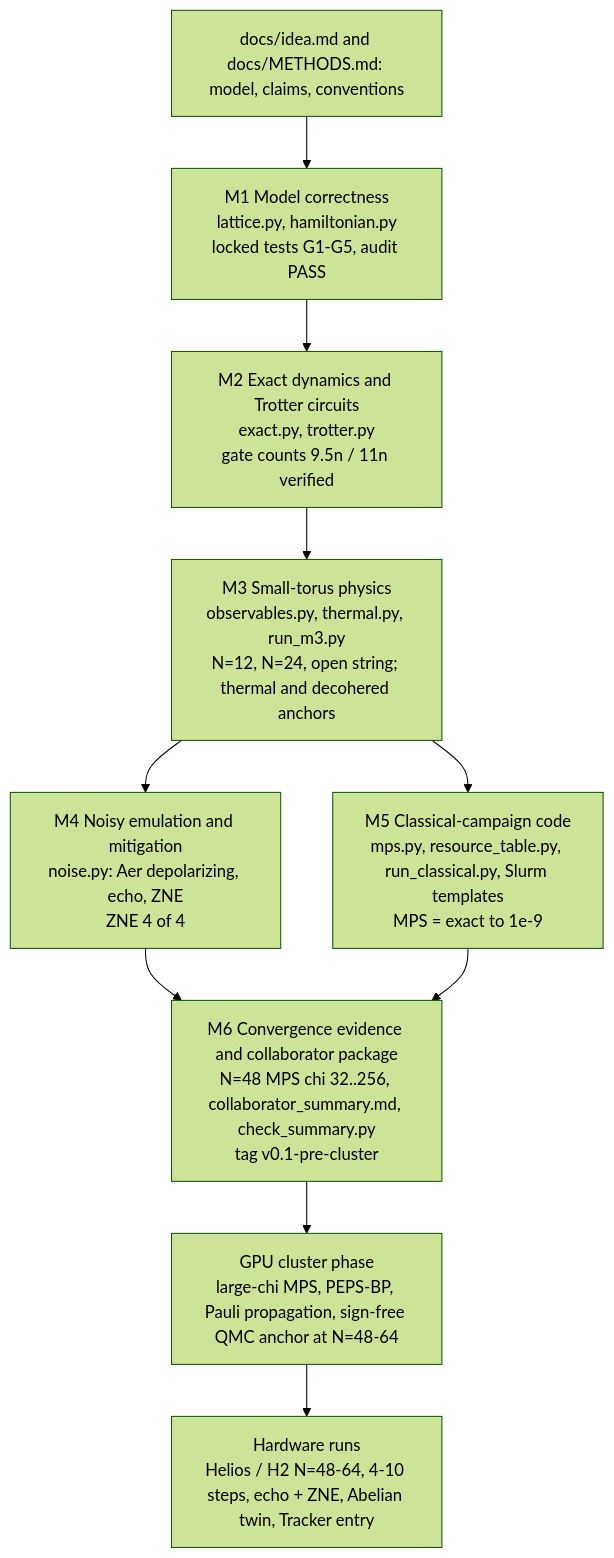
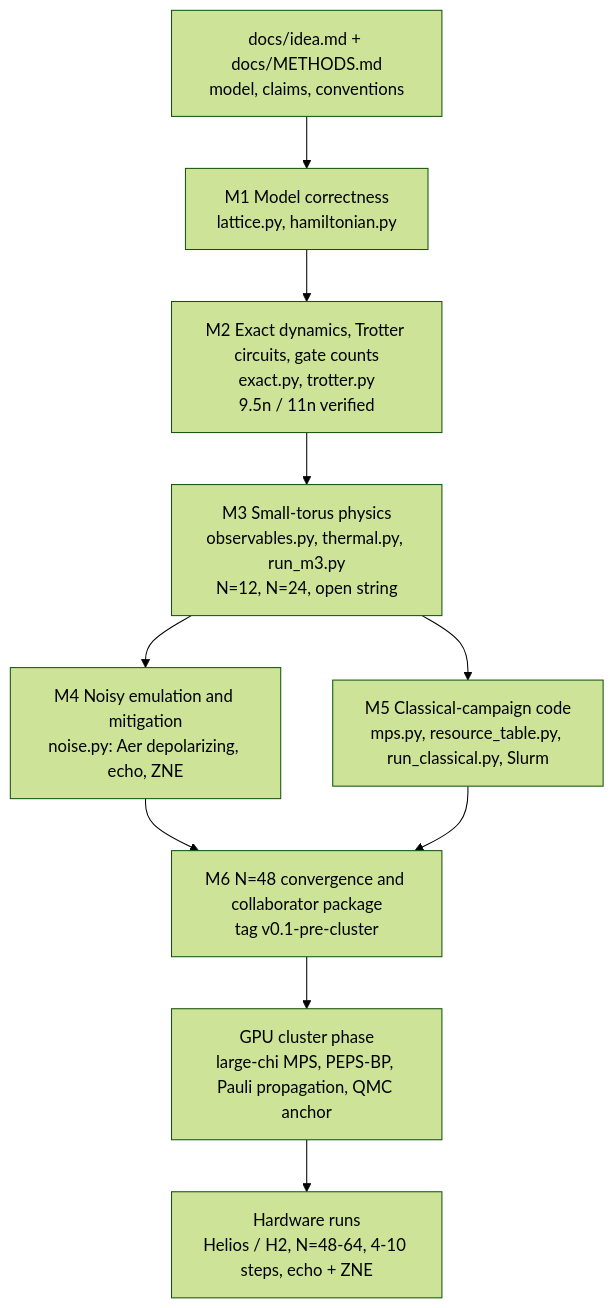
One commit to digonto10602/su2qc-qcadvantage changed the first of 2 diagrams in reports/project_report.md. Above: the diagram before and after it, drawn with Mermaid (forest theme). The commit also changed other lines of this file, not shown here.

````diff
--- a/reports/project_report.md
+++ b/reports/project_report.md
@@ -88,13 +94,13 @@
 ```mermaid
 flowchart TD
-    A[docs/idea.md and docs/METHODS.md: model, claims, conventions] --> M1
-    M1["M1 Model correctness<br/>lattice.py, hamiltonian.py<br/>locked tests G1-G5, audit PASS"] --> M2
-    M2["M2 Exact dynamics and Trotter circuits<br/>exact.py, trotter.py<br/>gate counts 9.5n / 11n verified"] --> M3
-    M3["M3 Small-torus physics<br/>observables.py, thermal.py, run_m3.py<br/>N=12, N=24, open string; thermal and decohered anchors"] --> M4
+    A["docs/idea.md + docs/METHODS.md<br/>model, claims, conventions"] --> M1
+    M1["M1 Model correctness<br/>lattice.py, hamiltonian.py"] --> M2
+    M2["M2 Exact dynamics, Trotter circuits, gate counts<br/>exact.py, trotter.py<br/>9.5n / 11n verified"] --> M3
+    M3["M3 Small-torus physics<br/>observables.py, thermal.py, run_m3.py<br/>N=12, N=24, open string"] --> M4
     M3 --> M5
-    M4["M4 Noisy emulation and mitigation<br/>noise.py: Aer depolarizing, echo, ZNE<br/>ZNE 4 of 4"] --> M6
-    M5["M5 Classical-campaign code<br/>mps.py, resource_table.py, run_classical.py, Slurm templates<br/>MPS = exact to 1e-9"] --> M6
-    M6["M6 Convergence evidence and collaborator package<br/>N=48 MPS chi 32..256, collaborator_summary.md, check_summary.py<br/>tag v0.1-pre-cluster"] --> C
-    C["GPU cluster phase<br/>large-chi MPS, PEPS-BP, Pauli propagation, sign-free QMC anchor at N=48-64"] --> H
-    H["Hardware runs<br/>Helios / H2 N=48-64, 4-10 steps, echo + ZNE, Abelian twin, Tracker entry"]
+    M4["M4 Noisy emulation and mitigation<br/>noise.py: Aer depolarizing, echo, ZNE"] --> M6
+    M5["M5 Classical-campaign code<br/>mps.py, resource_table.py, run_classical.py, Slurm"] --> M6
+    M6["M6 N=48 convergence and collaborator package<br/>tag v0.1-pre-cluster"] --> C
+    C["GPU cluster phase<br/>large-chi MPS, PEPS-BP, Pauli propagation, QMC anchor"] --> H
+    H["Hardware runs<br/>Helios / H2, N=48-64, 4-10 steps, echo + ZNE"]
 ```
````
